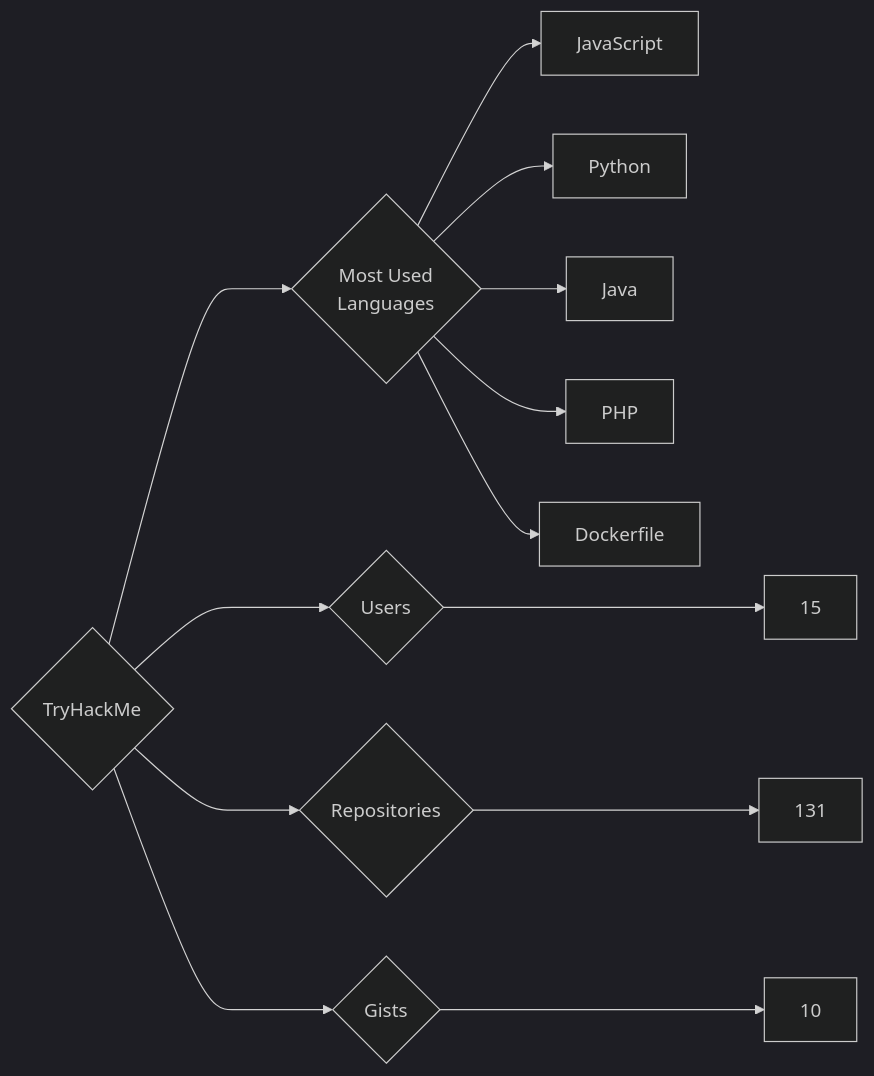
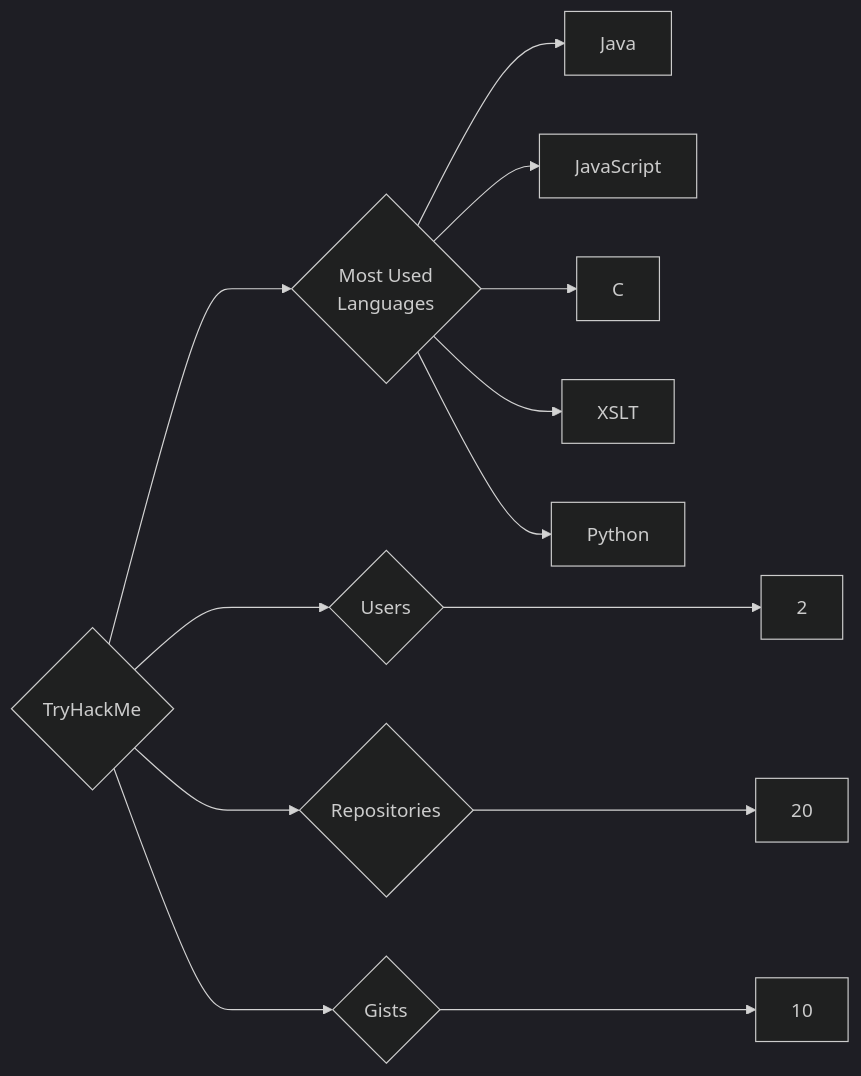
The diagram in targets/TryHackMe/README.md (trickest/insiders), drawn with Mermaid (dark theme) before and after one commit. The commit also changed 1248 other files, not shown here.

````diff
--- a/targets/TryHackMe/README.md
+++ b/targets/TryHackMe/README.md
@@ -3,13 +3,13 @@
 ```mermaid
 graph LR
 COMPANY_NAME{TryHackMe}
-COMPANY_NAME ---> U{Users} ---> UN[15]
-COMPANY_NAME ---> R{Repositories} ---> RN[131]
+COMPANY_NAME ---> U{Users} ---> UN[2]
+COMPANY_NAME ---> R{Repositories} ---> RN[20]
 COMPANY_NAME ---> G{Gists} ---> GN[10]
 COMPANY_NAME ---> ML{Most Used<br>Languages}
+ML --> Java[Java]
 ML --> JavaScript[JavaScript]
+ML --> C[C]
+ML --> XSLT[XSLT]
 ML --> Python[Python]
-ML --> Java[Java]
-ML --> PHP[PHP]
-ML --> Dockerfile[Dockerfile]
 ```
````
